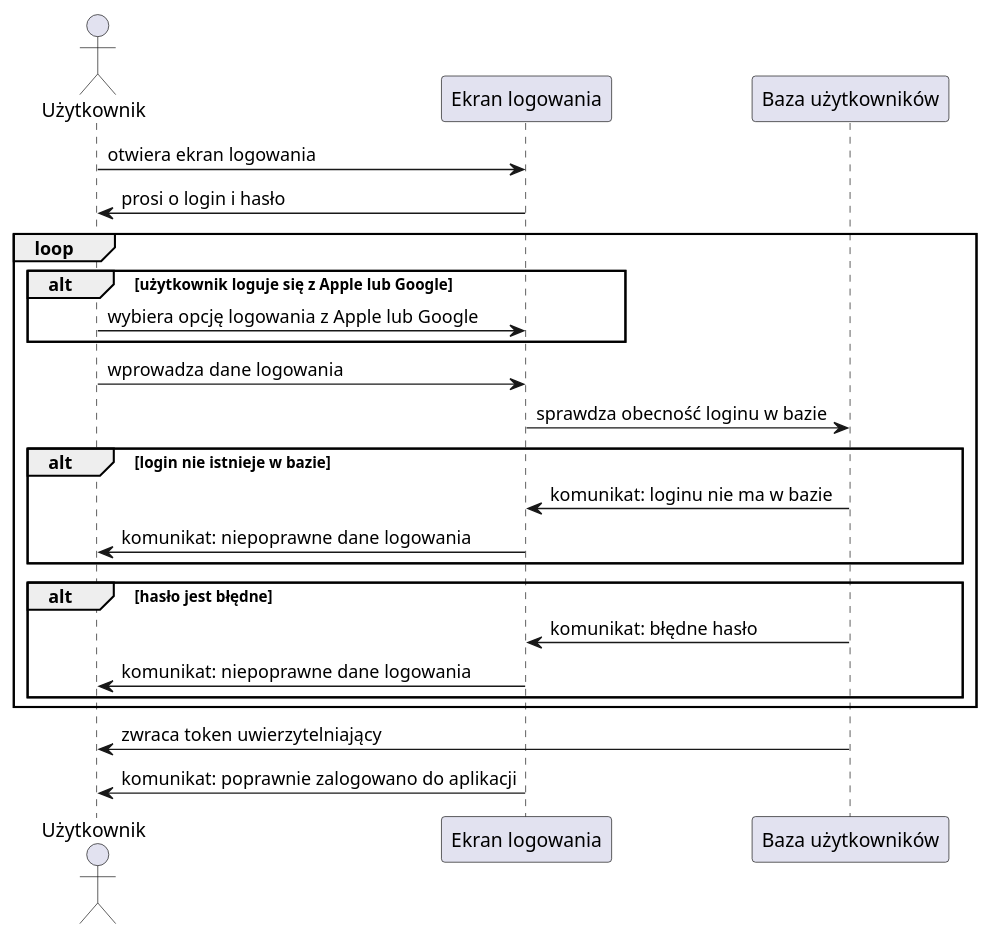
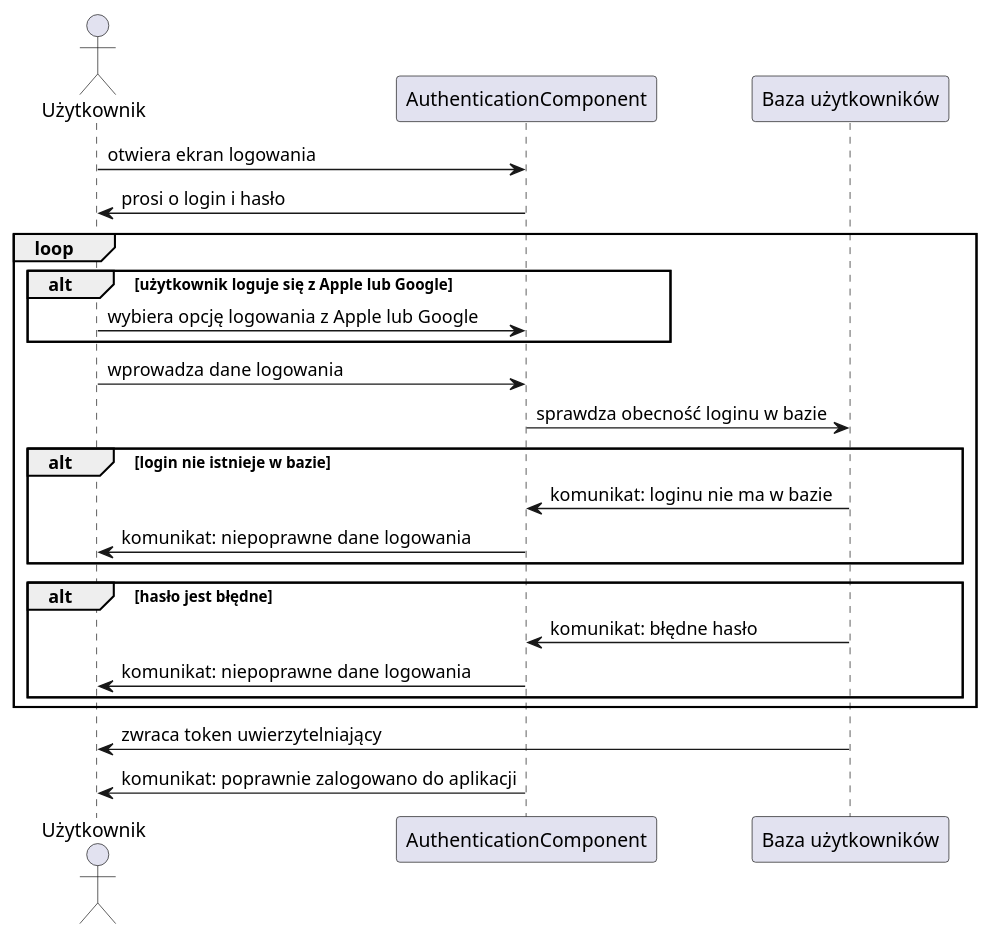
One commit to amelinium23/food-ordering-and-delivering-service changed the diagram in docs/login_sequence.md. Above: the diagram before and after it, drawn with PlantUML. The commit also changed 2 other files, not shown here.

Commit message:
Sequence fixed!

````diff
--- a/docs/login_sequence.md
+++ b/docs/login_sequence.md
@@ -1,27 +1,27 @@
 ```plantuml
 @startuml login
 actor Użytkownik as user
-participant "Ekran logowania" as log
+participant "AuthenticationComponent" as log
 participant "Baza użytkowników" as db
 
 user -> log : otwiera ekran logowania
 user <- log : prosi o login i hasło
 loop
     alt użytkownik loguje się z Apple lub Google
         user -> log : wybiera opcję logowania z Apple lub Google
     end
     user -> log : wprowadza dane logowania
  log -> db : sprawdza obecność loginu w bazie
     alt login nie istnieje w bazie
         log <- db : komunikat: loginu nie ma w bazie
         user <- log : komunikat: niepoprawne dane logowania
     end
     alt hasło jest błędne
         log <- db : komunikat: błędne hasło
         user <- log : komunikat: niepoprawne dane logowania
     end
 end
 user <- db: zwraca token uwierzytelniający
 user <- log: komunikat: poprawnie zalogowano do aplikacji
 @enduml
 ```
````
